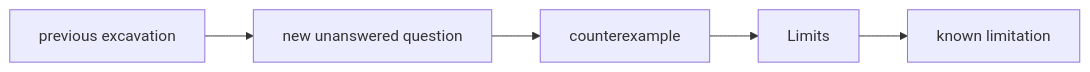
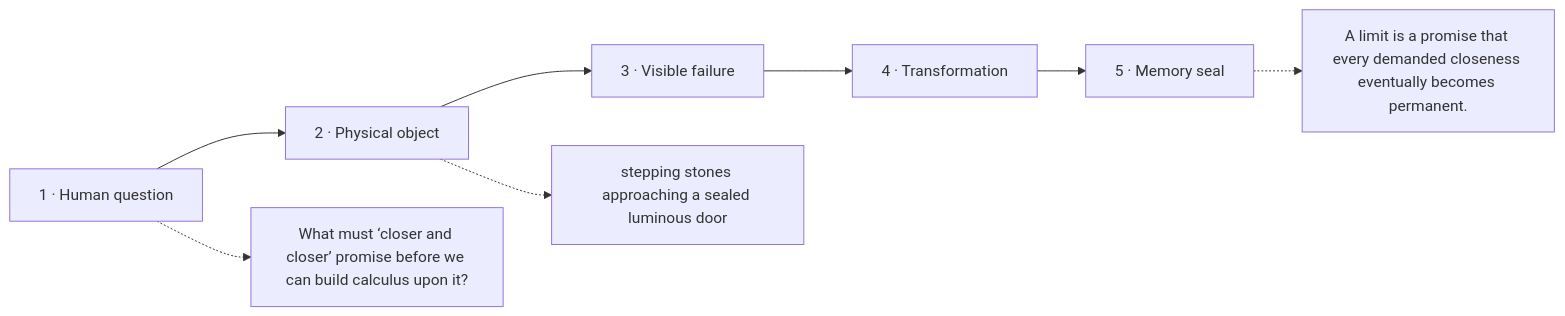
The diagram in excavations/209-limits/diagram.md (kleem-labs/AI-Archaeology), drawn with Mermaid before and after one commit. The commit also changed other lines of this file and 117 other files, not shown here.

````diff
--- a/excavations/209-limits/diagram.md
+++ b/excavations/209-limits/diagram.md
@@ -3,7 +5,10 @@
 ```mermaid
 flowchart LR
-  P["previous excavation"] --> Q["new unanswered question"]
-  Q --> X["counterexample"]
-  X --> C["Limits"]
-  C --> L["known limitation"]
+  Q["1 · Human question"] --> O["2 · Physical object"]
+  O --> F["3 · Visible failure"]
+  F --> T["4 · Transformation"]
+  T --> S["5 · Memory seal"]
+  Q -.-> QD["What must ‘closer and closer’ promise before we can build calculus upon it?"]
+  O -.-> OD["stepping stones approaching a sealed luminous door"]
+  S -.-> SD["A limit is a promise that every demanded closeness eventually becomes permanent."]
 ```
````
